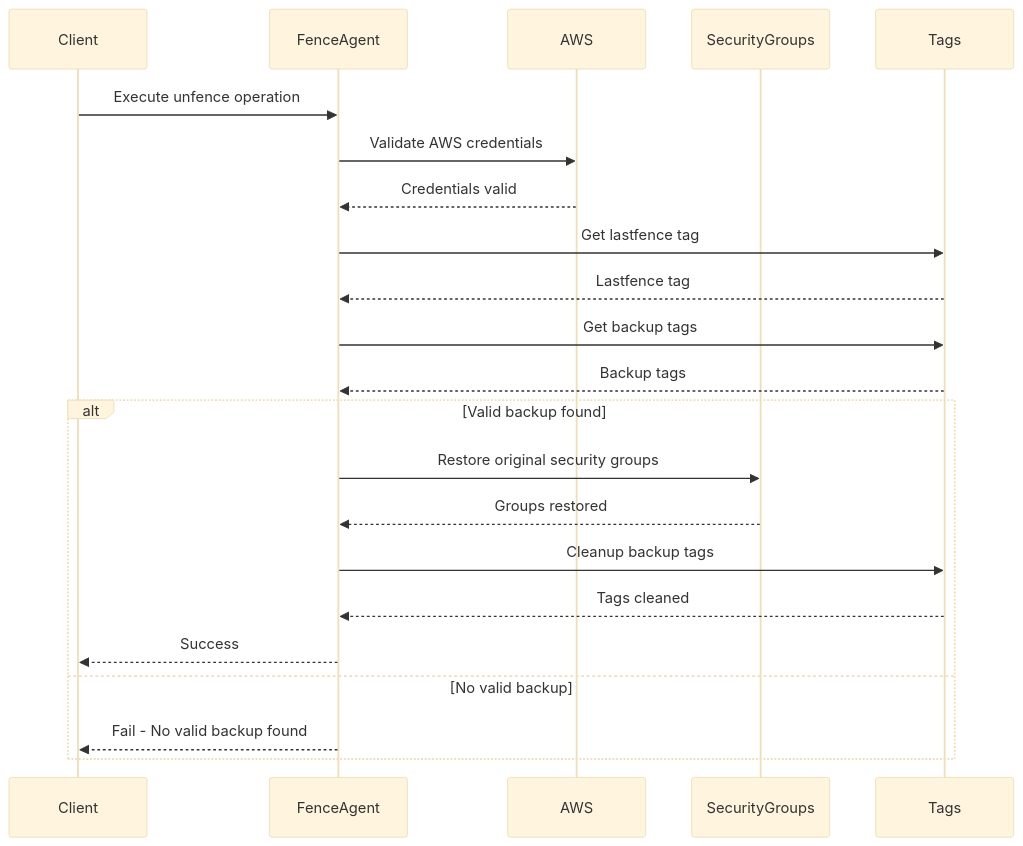
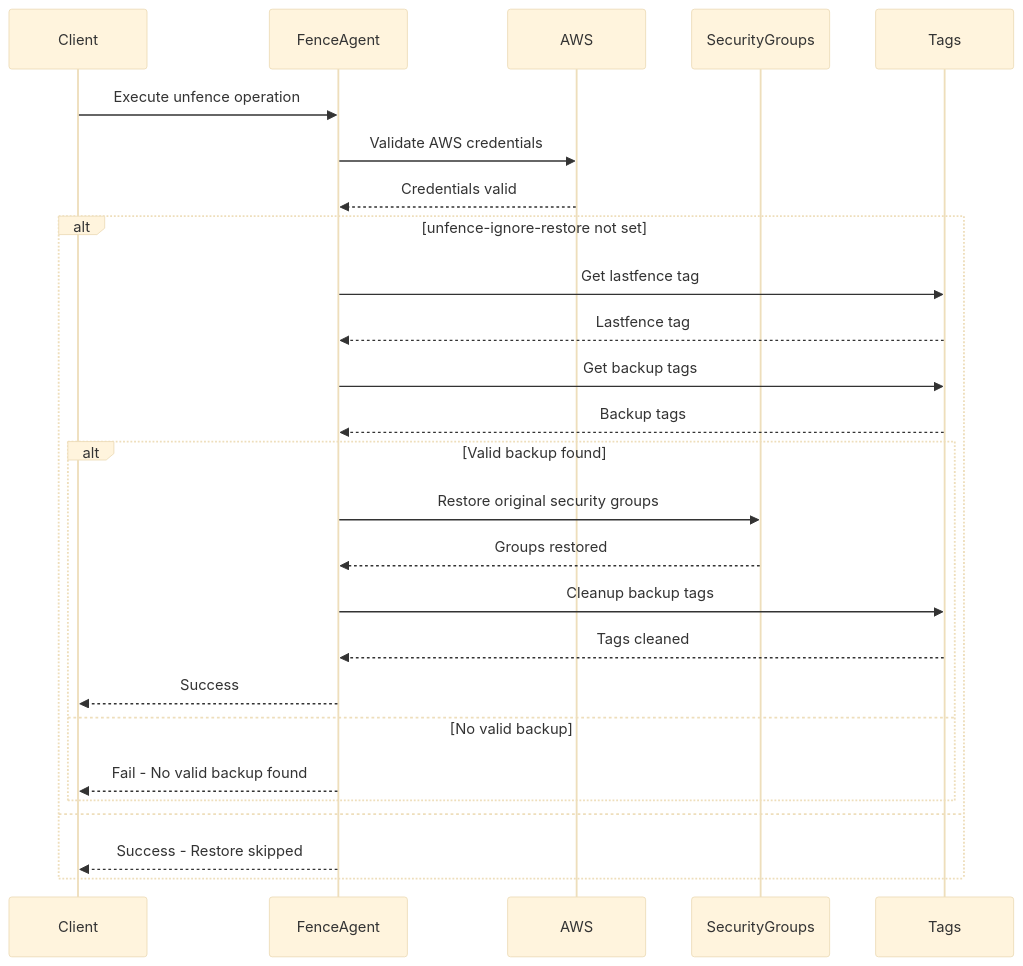
The third of 3 diagrams in agents/aws_vpc_net/readme.md (ClusterLabs/fence-agents), drawn with Mermaid (base theme) before and after one commit. The commit also changed other lines of this file and 2 other files, not shown here.

Commit message:
fence_aws_vpc_net: logic changes to reduce AWS backplane reliance

````diff
--- a/agents/aws_vpc_net/readme.md
+++ b/agents/aws_vpc_net/readme.md
@@ -101,30 +107,34 @@
 ```mermaid
 sequenceDiagram
     participant Client
     participant FenceAgent
     participant AWS
     participant SecurityGroups
     participant Tags
 
     Client->>FenceAgent: Execute unfence operation
     FenceAgent->>AWS: Validate AWS credentials
     AWS-->>FenceAgent: Credentials valid
 
-    FenceAgent->>Tags: Get lastfence tag
-    Tags-->>FenceAgent: Lastfence tag
+    alt unfence-ignore-restore not set
+        FenceAgent->>Tags: Get lastfence tag
+        Tags-->>FenceAgent: Lastfence tag
 
-    FenceAgent->>Tags: Get backup tags
-    Tags-->>FenceAgent: Backup tags
+        FenceAgent->>Tags: Get backup tags
+        Tags-->>FenceAgent: Backup tags
 
-    alt Valid backup found
-        FenceAgent->>SecurityGroups: Restore original security groups
-        SecurityGroups-->>FenceAgent: Groups restored
+        alt Valid backup found
+            FenceAgent->>SecurityGroups: Restore original security groups
+            SecurityGroups-->>FenceAgent: Groups restored
 
-        FenceAgent->>Tags: Cleanup backup tags
-        Tags-->>FenceAgent: Tags cleaned
+            FenceAgent->>Tags: Cleanup backup tags
+            Tags-->>FenceAgent: Tags cleaned
 
-        FenceAgent-->>Client: Success
-    else No valid backup
-        FenceAgent-->>Client: Fail - No valid backup found
+            FenceAgent-->>Client: Success
+        else No valid backup
+            FenceAgent-->>Client: Fail - No valid backup found
+        end
+    else
+        FenceAgent-->>Client: Success - Restore skipped
     end
 ```
````
